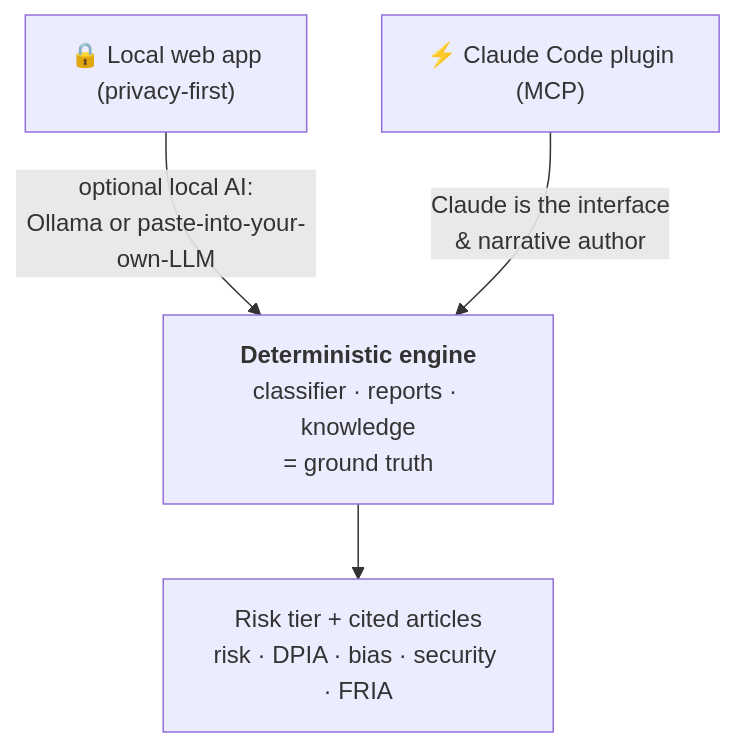
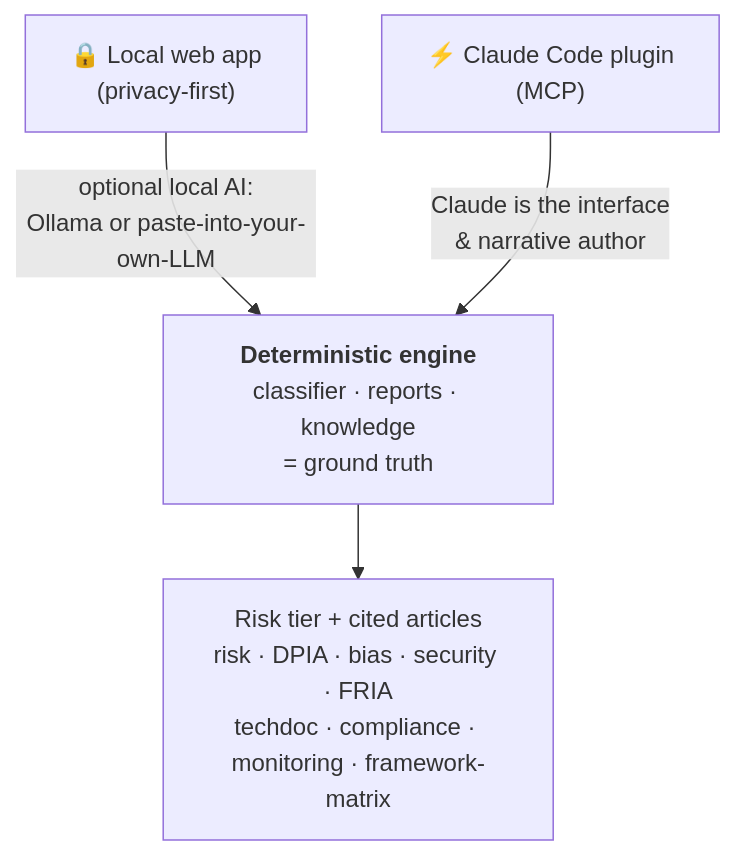
The diagram in README.md (JKasteele/ai-act-companion), drawn with Mermaid before and after one commit. The commit also changed other lines of this file and 2 other files, not shown here.

First line of the commit message:
docs: document Tier 1 features (README, CHANGELOG 0.2.0, DESIGN)

````diff
--- a/README.md
+++ b/README.md
@@ -49,10 +49,10 @@
 ```mermaid
 flowchart TB
     A["🔒 Local web app<br/>(privacy-first)"]
     B["⚡ Claude Code plugin<br/>(MCP)"]
     E["<b>Deterministic engine</b><br/>classifier · reports · knowledge<br/>= ground truth"]
-    O["Risk tier + cited articles<br/>risk · DPIA · bias · security · FRIA"]
+    O["Risk tier + cited articles<br/>risk · DPIA · bias · security · FRIA<br/>techdoc · compliance · monitoring · framework-matrix"]
     A -->|"optional local AI:<br/>Ollama or paste-into-your-own-LLM"| E
     B -->|"Claude is the interface<br/>& narrative author"| E
     E --> O
 ```
````
